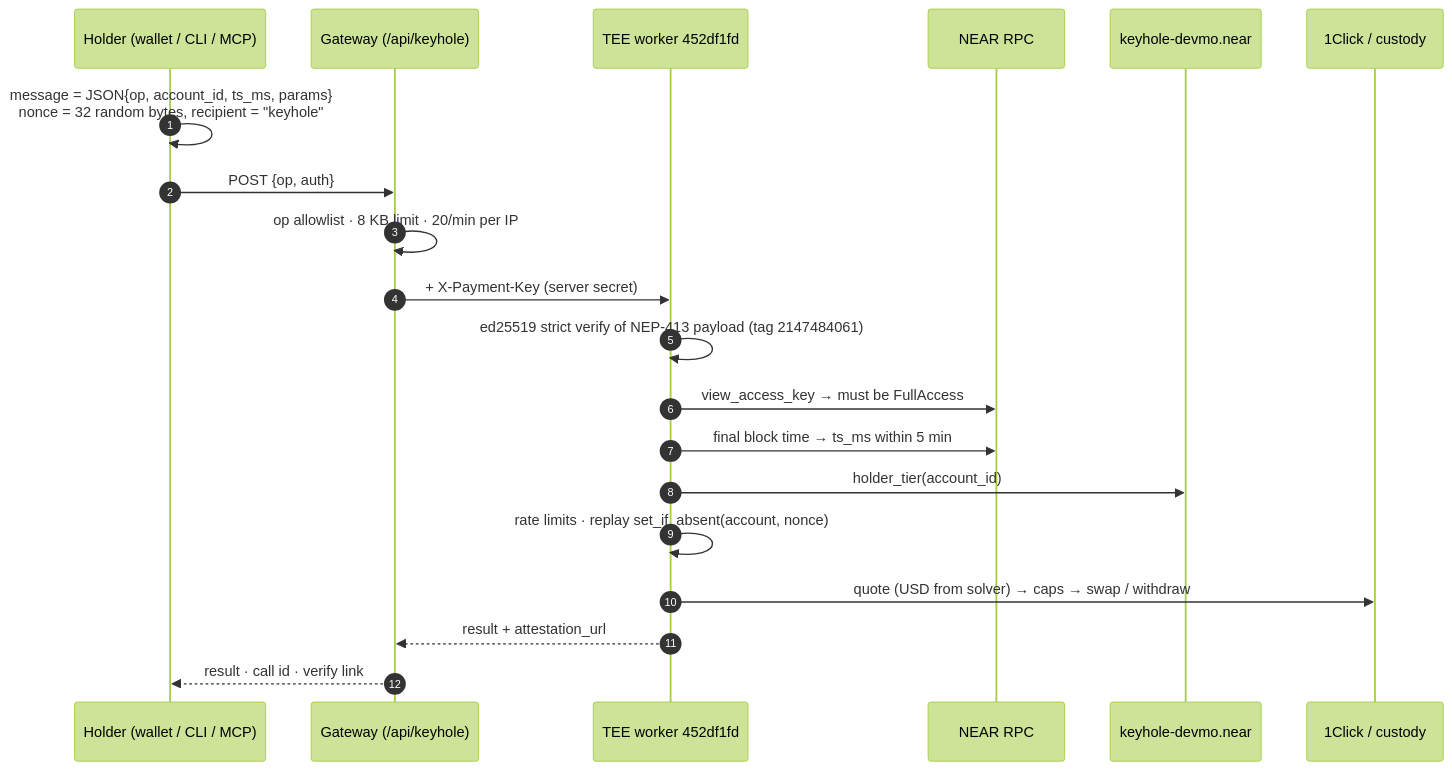
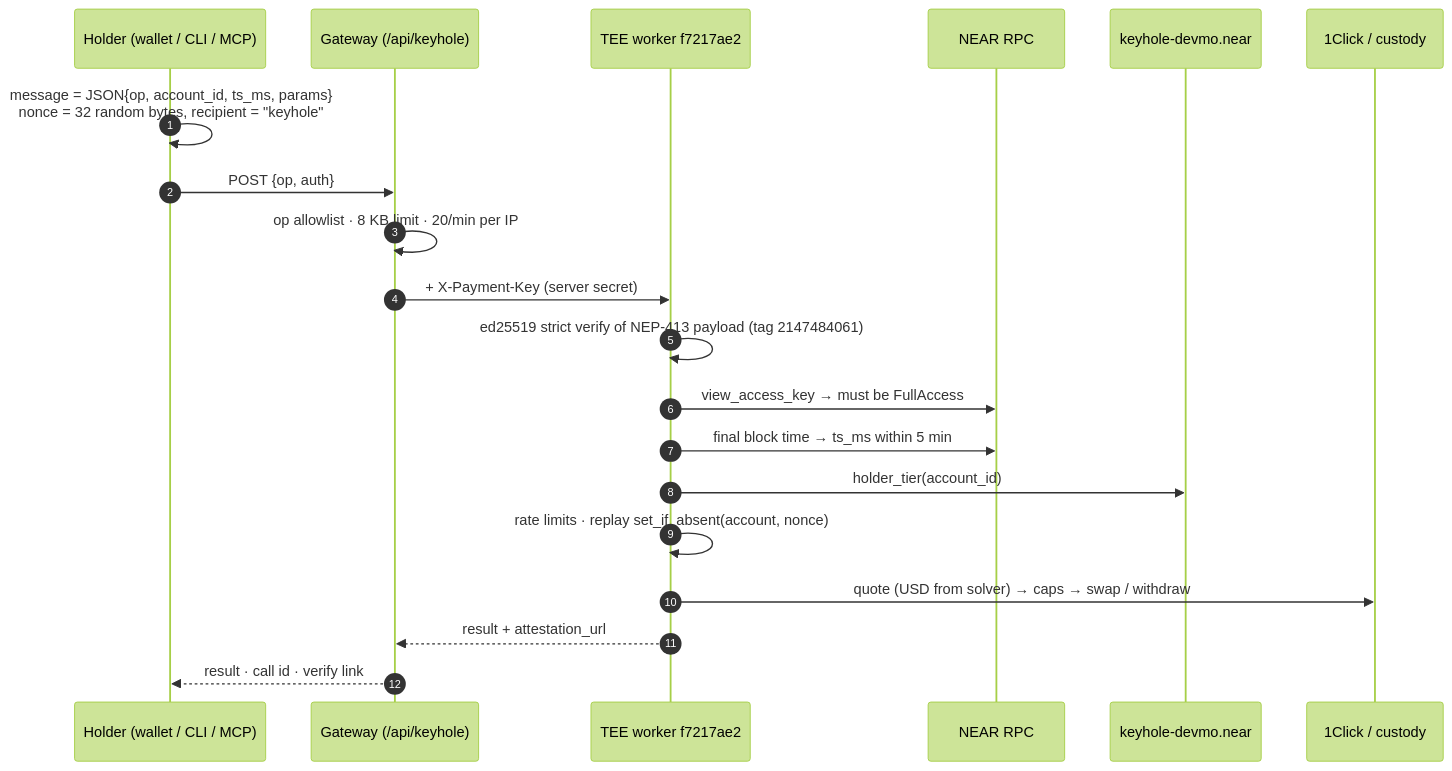
Before and after one commit to mohamedwael201193/keyhole: the second of 2 diagrams in README.md, drawn with Mermaid (forest theme). The commit also changed other lines of this file and 22 other files, not shown here.

````diff
--- a/README.md
+++ b/README.md
@@ -250,22 +251,22 @@
 ```mermaid
 sequenceDiagram
   autonumber
   participant U as Holder (wallet / CLI / MCP)
   participant G as Gateway (/api/keyhole)
-  participant T as TEE worker 452df1fd
+  participant T as TEE worker f7217ae2
   participant R as NEAR RPC
   participant K as keyhole-devmo.near
   participant X as 1Click / custody
   U->>U: message = JSON{op, account_id, ts_ms, params}<br/>nonce = 32 random bytes, recipient = "keyhole"
   U->>G: POST {op, auth}
   G->>G: op allowlist · 8 KB limit · 20/min per IP
   G->>T: + X-Payment-Key (server secret)
   T->>T: ed25519 strict verify of NEP-413 payload (tag 2147484061)
   T->>R: view_access_key → must be FullAccess
   T->>R: final block time → ts_ms within 5 min
   T->>K: holder_tier(account_id)
   T->>T: rate limits · replay set_if_absent(account, nonce)
   T->>X: quote (USD from solver) → caps → swap / withdraw
   T-->>G: result + attestation_url
   G-->>U: result · call id · verify link
 ```
````
